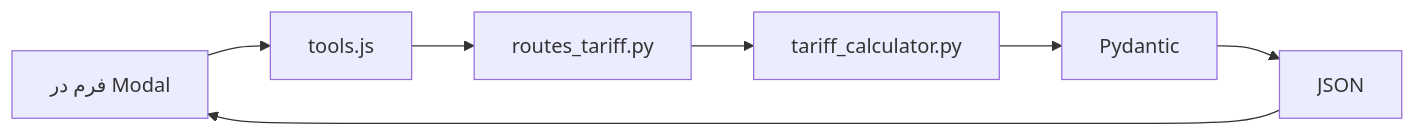
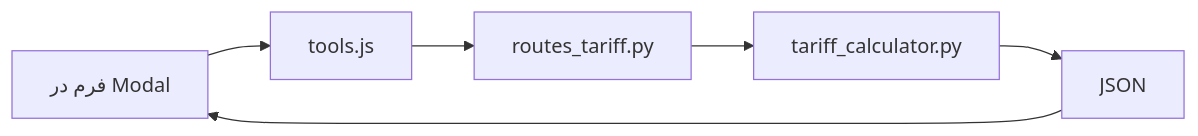
The diagram in ARCHITECTURE.md (mohsenjfar/sadrafars), drawn with Mermaid before and after one commit. The commit also changed other lines of this file and 4 other files, not shown here.

````diff
--- a/ARCHITECTURE.md
+++ b/ARCHITECTURE.md
@@ -34,4 +4,4 @@
 ```mermaid
 graph LR
-    UI[فرم در Modal] --> JS[tools.js] --> API[routes_tariff.py] --> Calc[tariff_calculator.py] --> Models[Pydantic] --> JSON --> UI
+    UI[فرم در Modal] --> JS[tools.js] --> API[routes_tariff.py] --> Calc[tariff_calculator.py] --> JSON --> UI
 ```
````
